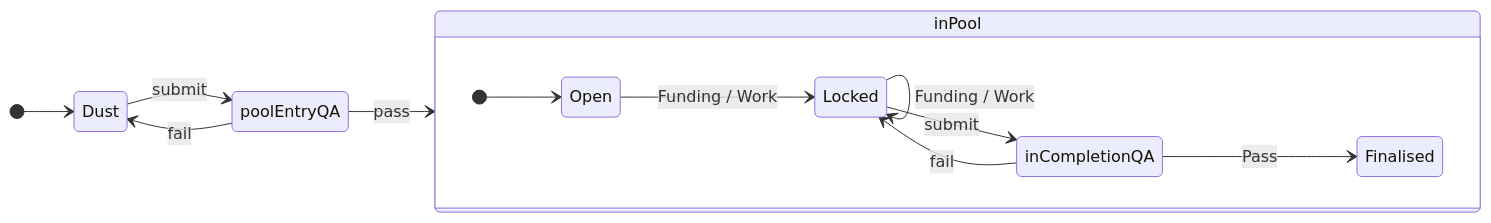
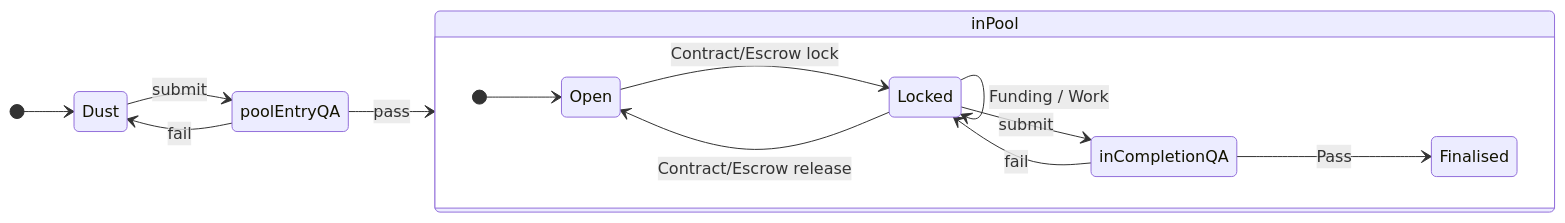
One commit to dreamcatcher-tech/network changed the diagram in website/nfas/Ideas/I11.md. Above: the diagram before and after it, drawn with Mermaid. The commit also changed other lines of this file, not shown here.

````diff
--- a/website/nfas/Ideas/I11.md
+++ b/website/nfas/Ideas/I11.md
@@ -22,23 +22,24 @@
 ```mermaid
 
 stateDiagram
     direction LR
 
     
     [*] --> Dust
     Dust --> poolEntryQA : submit
     poolEntryQA --> Dust : fail
     poolEntryQA --> inPool : pass
     state inPool {
       direction LR
     [*] --> Open
       inCompletionQA --> Locked : fail
       Locked --> inCompletionQA : submit
-      Open --> Locked : Funding / Work
+      Open --> Locked : Contract/Escrow lock
+      Locked --> Open : Contract/Escrow release
       Locked --> Locked : Funding / Work
     inCompletionQA --> Finalised : Pass
     }
     
 
 
 ```
````
